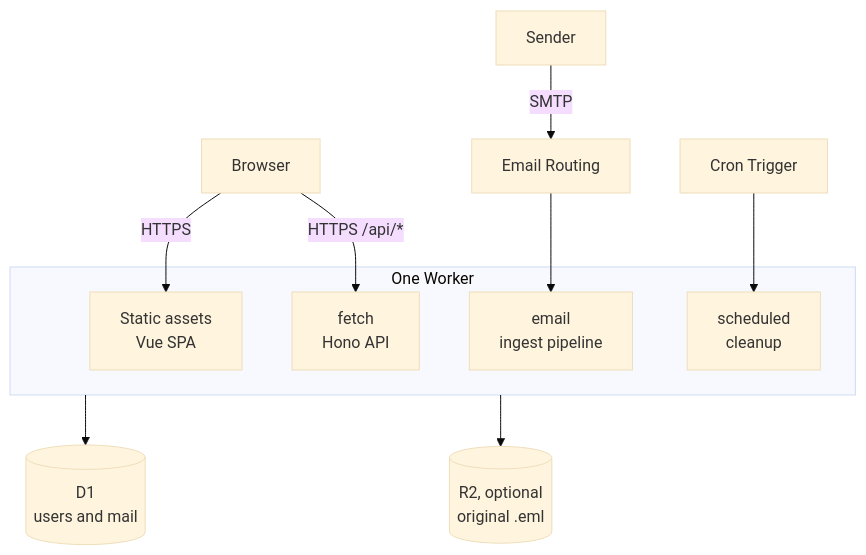
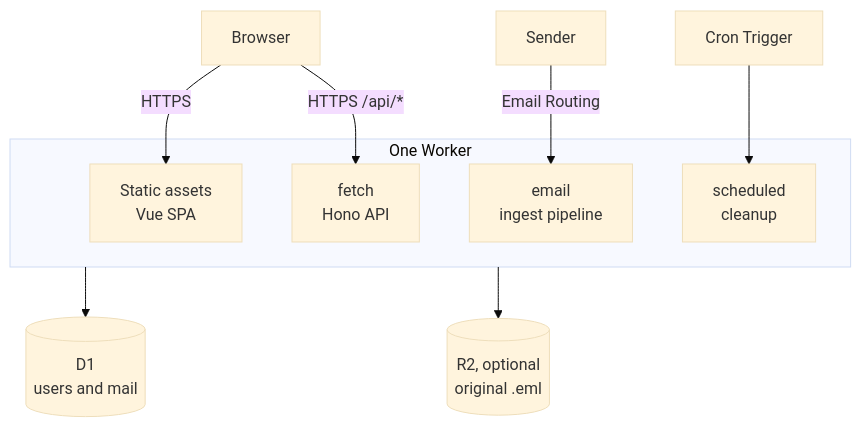
The diagram in README.en.md (ZeyuZuo/postluma), drawn with Mermaid (base theme) before and after one commit. The commit also changed 1 other file, not shown here.

Commit message:
docs(readme): put the diagram's three entry points on one row
GitHub laid out the sender -> Email Routing chain one rank higher than the
browser and the cron trigger and placed it on the left, so its edge crossed
both browser edges. With Email Routing as an edge label, the three entry
points share a rank and every edge runs straight down.

````diff
--- a/README.en.md
+++ b/README.en.md
@@ -79,18 +79,18 @@
 ```mermaid
 flowchart TB
     browser["Browser"]
-    sender["Sender"] -->|SMTP| routing["Email Routing"]
+    sender["Sender"]
     cron["Cron Trigger"]
     subgraph worker["One Worker"]
         assets["Static assets<br>Vue SPA"]
         api["fetch<br>Hono API"]
         email["email<br>ingest pipeline"]
         scheduled["scheduled<br>cleanup"]
     end
     browser -->|HTTPS| assets
     browser -->|"HTTPS /api/*"| api
-    routing --> email
+    sender -->|"Email Routing"| email
     cron --> scheduled
     worker --> d1[("D1<br>users and mail")]
     worker --> r2[("R2, optional<br>original .eml")]
 ```
````
